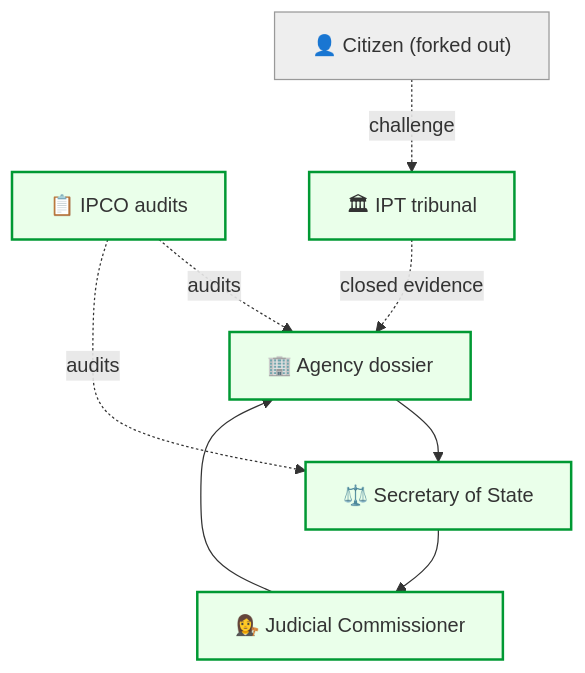
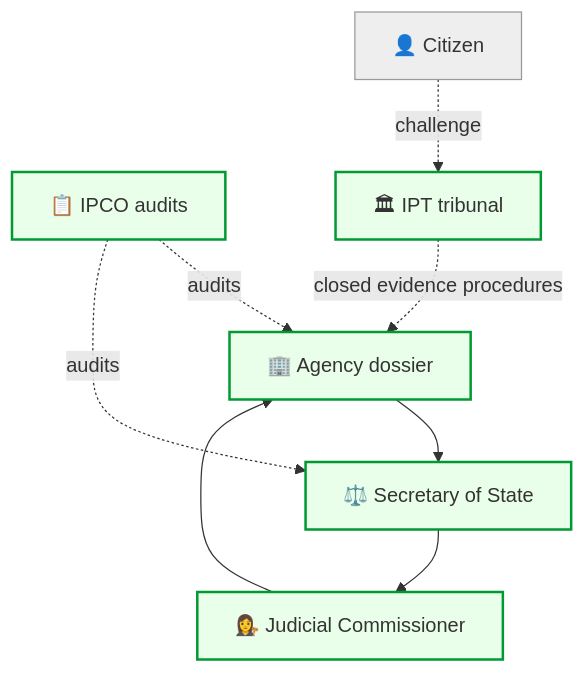
Before and after one commit to josefsbreakfast/Polaris-Protocol: the first of 4 diagrams in Disruption_Kit/Big_Picture_Protocols/🦕_Elder_Influencers/🕸️_World_Webs/⚖️_surveillance_osa_citizen_forking_meganode.md, drawn with Mermaid. The commit also changed other lines of this file, not shown here.

`````diff
--- a/Disruption_Kit/Big_Picture_Protocols/🦕_Elder_Influencers/🕸️_World_Webs/⚖️_surveillance_osa_citizen_forking_meganode.md
+++ b/Disruption_Kit/Big_Picture_Protocols/🦕_Elder_Influencers/🕸️_World_Webs/⚖️_surveillance_osa_citizen_forking_meganode.md
@@ -45,19 +47,19 @@
 ```mermaid
 graph TD
-    Citizen["👤 Citizen (forked out)"]:::neutral
+    Citizen["👤 Citizen"]:::neutral
     Agency["🏢 Agency dossier"]:::uk
     Minister["⚖️ Secretary of State"]:::uk
     JC["👩‍⚖️ Judicial Commissioner"]:::uk
     IPCO["📋 IPCO audits"]:::uk
     IPT["🏛 IPT tribunal"]:::uk
 
     Citizen -. challenge .-> IPT
     Agency --> Minister --> JC
     JC --> Agency
     IPCO -. audits .-> Agency
     IPCO -. audits .-> Minister
-    IPT -. closed evidence .-> Agency
+    IPT -. closed evidence procedures .-> Agency
 
     classDef neutral fill:#eeeeee,stroke:#999999;
     classDef uk fill:#eaffea,stroke:#009933,stroke-width:2px;
-```
+````
`````
